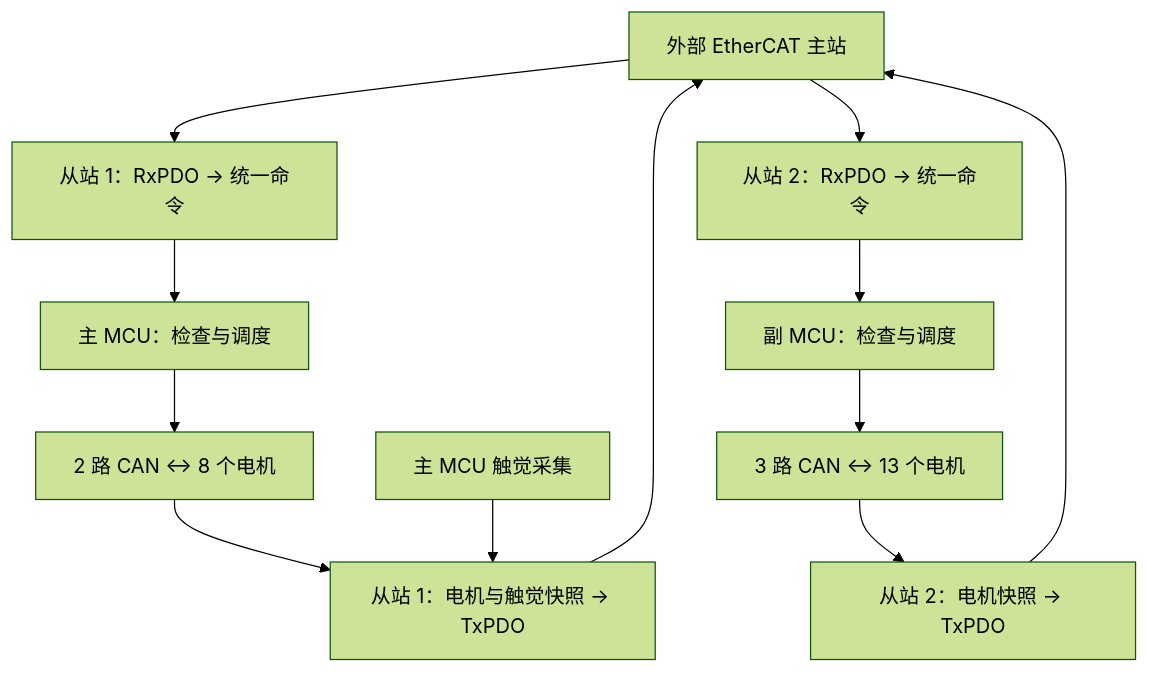
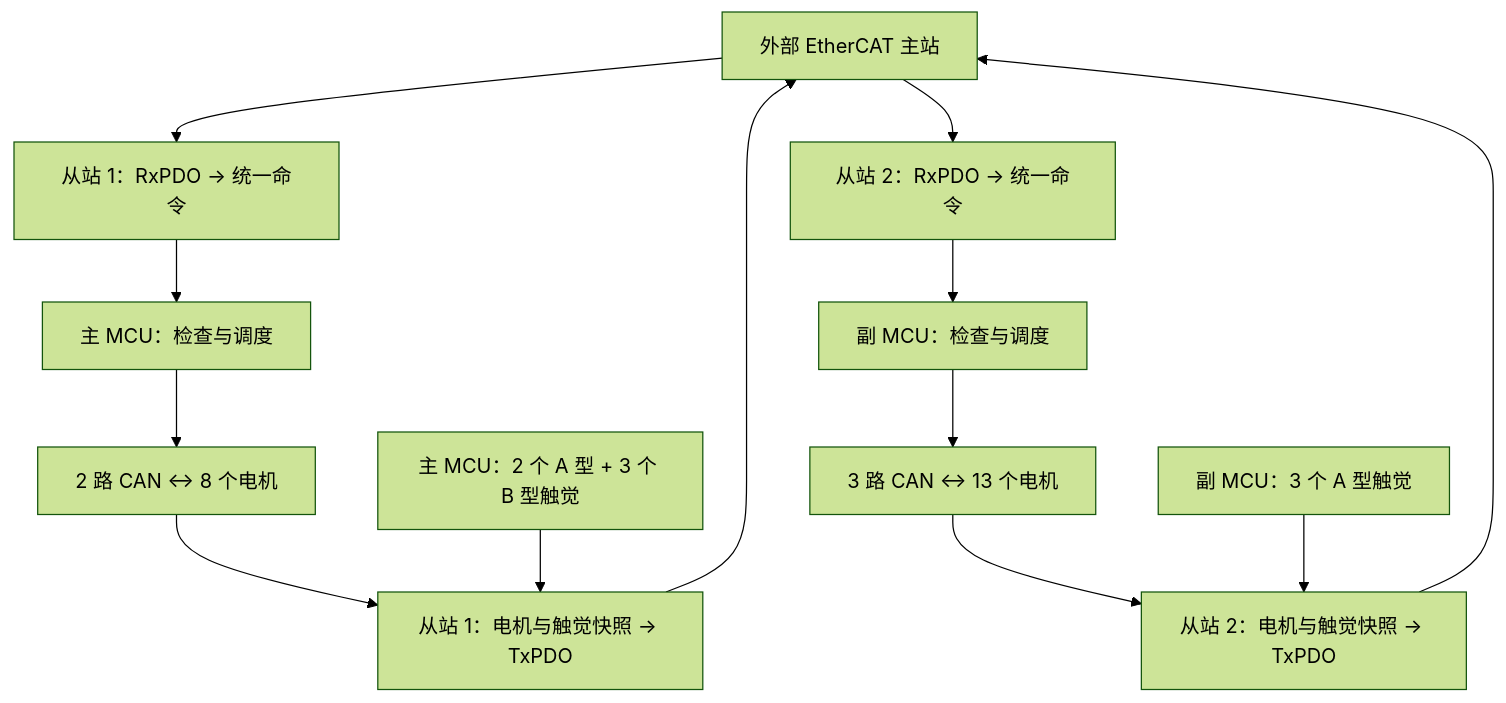
One commit to klsys777/plan_doce changed the second of 3 diagrams in 22自由度灵巧手嵌入式软件架构Ethercat版.md. Above: the diagram before and after it, drawn with Mermaid (forest theme). The commit also changed other lines of this file and 2 other files, not shown here.

````diff
--- a/22自由度灵巧手嵌入式软件架构Ethercat版.md
+++ b/22自由度灵巧手嵌入式软件架构Ethercat版.md
@@ -63,19 +65,21 @@
 ```mermaid
 flowchart TB
     H["外部 EtherCAT 主站"]
     E1["从站 1：RxPDO → 统一命令"]
     E2["从站 2：RxPDO → 统一命令"]
     M["主 MCU：检查与调度"]
     S["副 MCU：检查与调度"]
     M8["2 路 CAN ↔ 8 个电机"]
     M13["3 路 CAN ↔ 13 个电机"]
-    T["主 MCU 触觉采集"]
+    T["主 MCU：2 个 A 型 + 3 个 B 型触觉"]
+    TS["副 MCU：3 个 A 型触觉"]
     F1["从站 1：电机与触觉快照 → TxPDO"]
-    F2["从站 2：电机快照 → TxPDO"]
+    F2["从站 2：电机与触觉快照 → TxPDO"]
 
     H --> E1 --> M --> M8
     H --> E2 --> S --> M13
     M8 --> F1 --> H
     M13 --> F2 --> H
     T --> F1
+    TS --> F2
 ```
````
